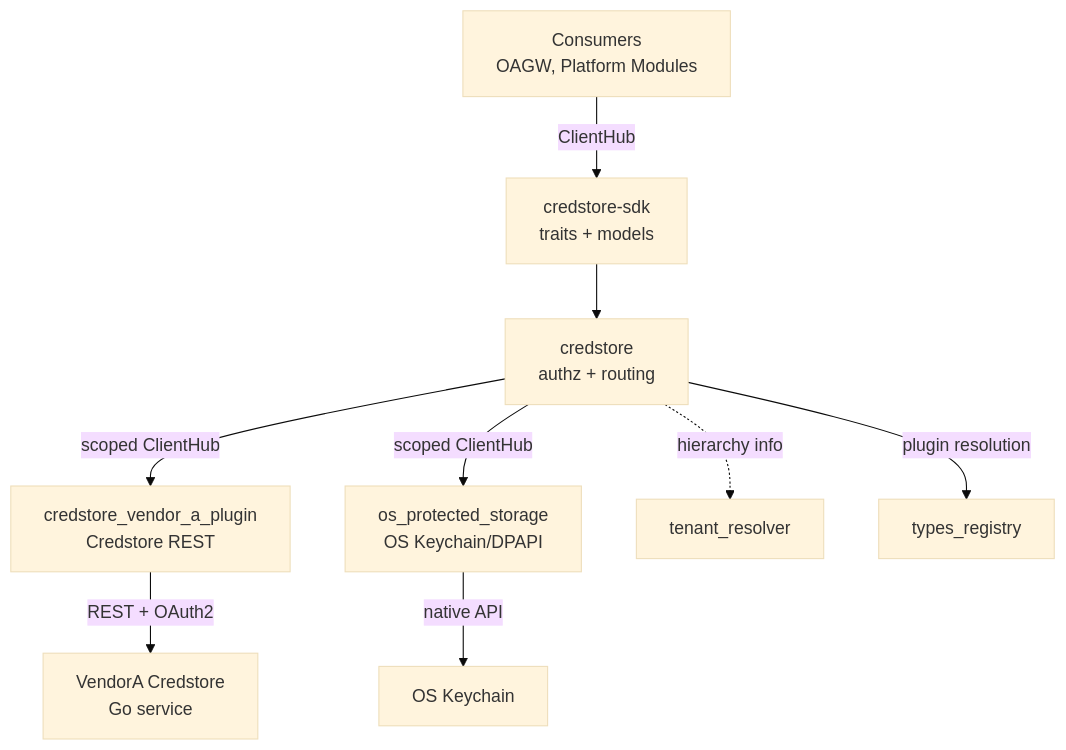
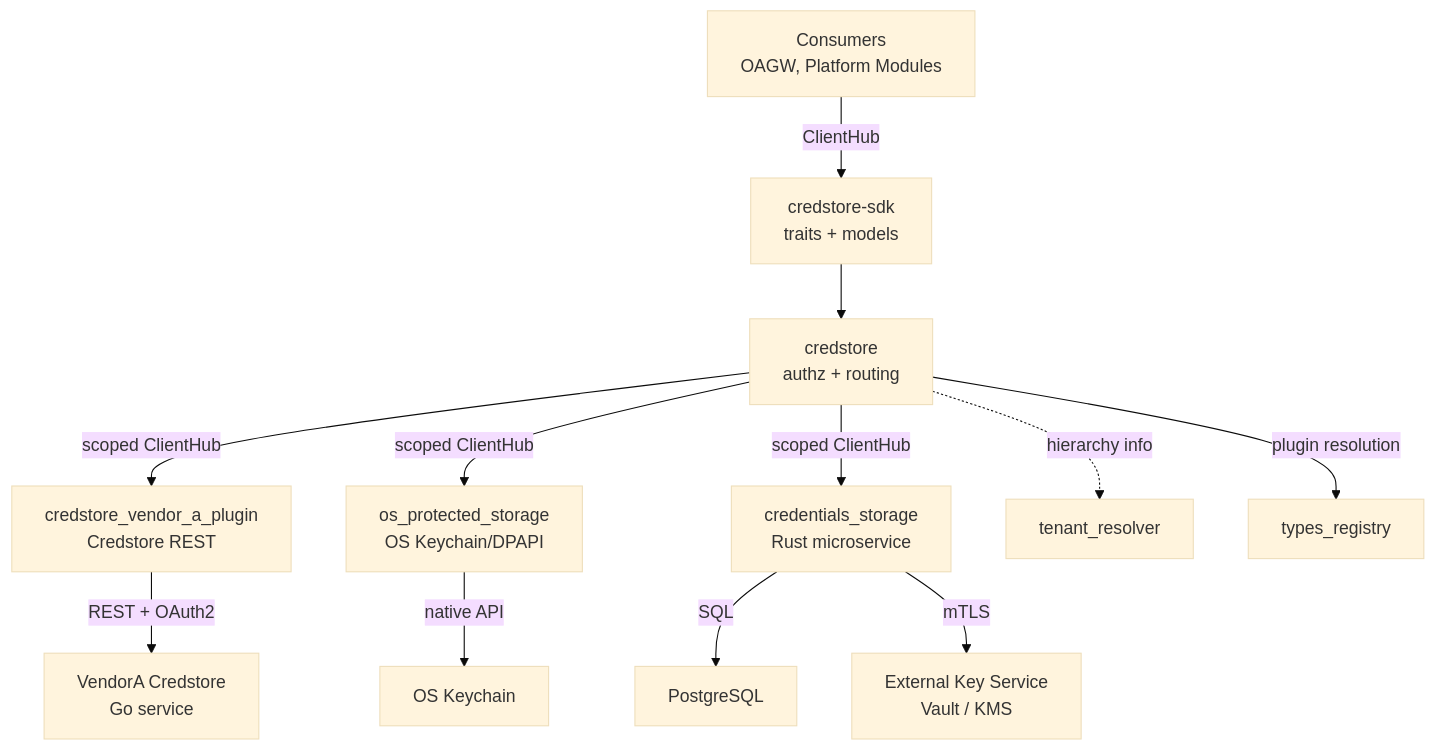
Before and after one commit to nullhypothesic/cyberfabric-core: the first of 6 diagrams in modules/credstore/docs/DESIGN.md, drawn with Mermaid (base theme). The commit also changed other lines of this file, not shown here.

````diff
--- a/modules/credstore/docs/DESIGN.md
+++ b/modules/credstore/docs/DESIGN.md
@@ -238,21 +246,27 @@
 ```mermaid
 graph TB
     Consumer[Consumers<br/>OAGW, Platform Modules]
     SDK[credstore-sdk<br/>traits + models]
     GW[credstore<br/>authz + routing]
     AP[credstore_vendor_a_plugin<br/>Credstore REST]
     OSP[os_protected_storage<br/>OS Keychain/DPAPI]
+    CSP[credentials_storage<br/>Rust microservice]
     CS[VendorA Credstore<br/>Go service]
     OS[OS Keychain]
+    PG[PostgreSQL]
+    KMS[External Key Service<br/>Vault / KMS]
     TR[tenant_resolver]
     TReg[types_registry]
 
     Consumer -->|ClientHub| SDK
     SDK --> GW
     GW -->|plugin resolution| TReg
     GW -->|scoped ClientHub| AP
     GW -->|scoped ClientHub| OSP
+    GW -->|scoped ClientHub| CSP
     AP -->|REST + OAuth2| CS
     OSP -->|native API| OS
+    CSP -->|SQL| PG
+    CSP -->|mTLS| KMS
     GW -.->|hierarchy info| TR
 ```
````
